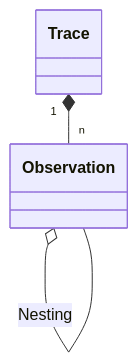
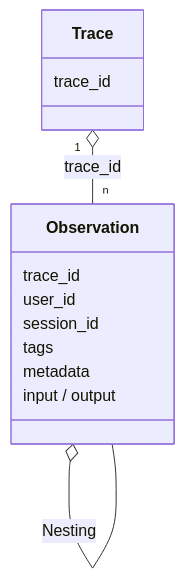
Before and after one commit to langfuse/langfuse-docs: the first of 4 diagrams in content/docs/observability/data-model.mdx, drawn with Mermaid. The commit also changed other lines of this file, not shown here.

Commit message:
docs: data model diagram shows trace-level attributes living on observations

````diff
--- a/content/docs/observability/data-model.mdx
+++ b/content/docs/observability/data-model.mdx
@@ -34,5 +34,16 @@
 ```mermaid
 classDiagram
-    Trace "1" *-- "n" Observation
-    Observation o-- Observation: Nesting
+    Trace "1" o-- "n" Observation : trace_id
+    Observation o-- Observation : Nesting
+    class Trace {
+      trace_id
+    }
+    class Observation {
+      trace_id
+      user_id
+      session_id
+      tags
+      metadata
+      input / output
+    }
 ```
````
